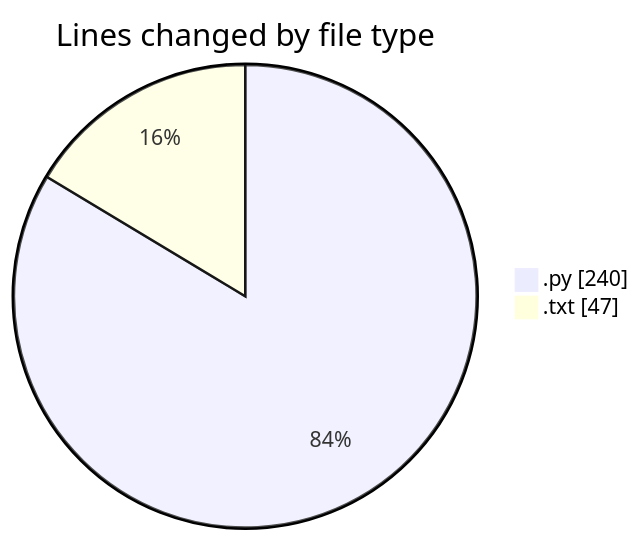
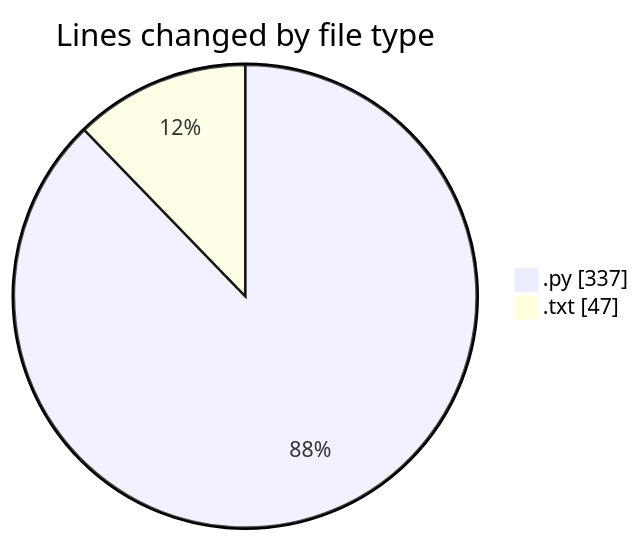
One commit to momahboobian/code-tracking changed the first of 2 diagrams in 2025-02-19/samplepdf/README.md. Above: the diagram before and after it, drawn with Mermaid. The commit also changed other lines of this file and 1 other file, not shown here.

````diff
--- a/2025-02-19/samplepdf/README.md
+++ b/2025-02-19/samplepdf/README.md
@@ -22,6 +23,6 @@
 ```mermaid
 pie showData
 title Lines changed by file type
-".py" : 240
+".py" : 337
 ".txt" : 47
 ```
````
